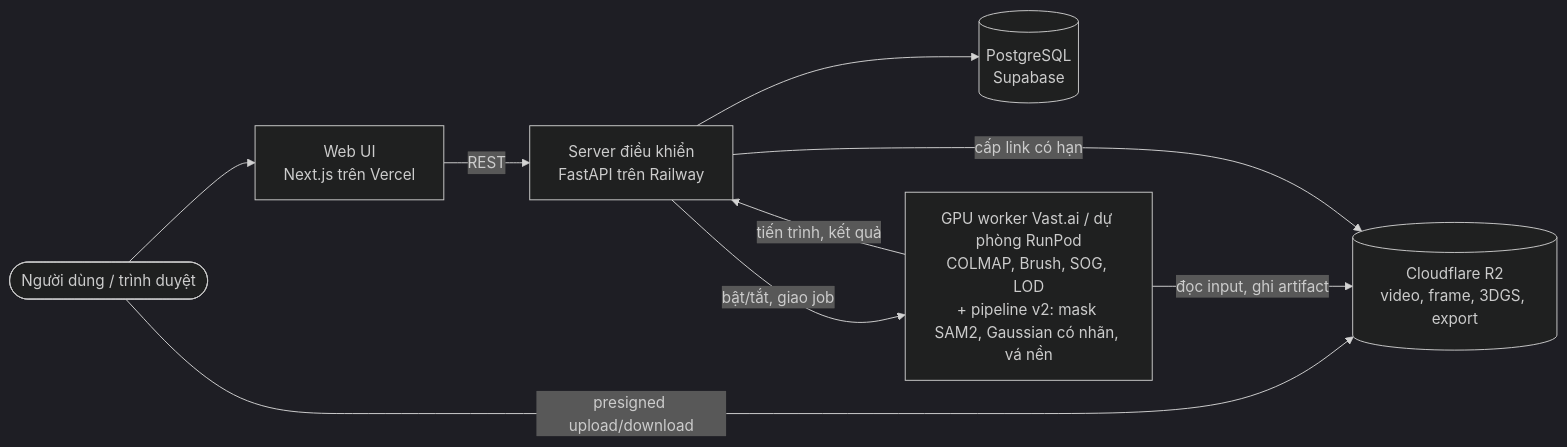
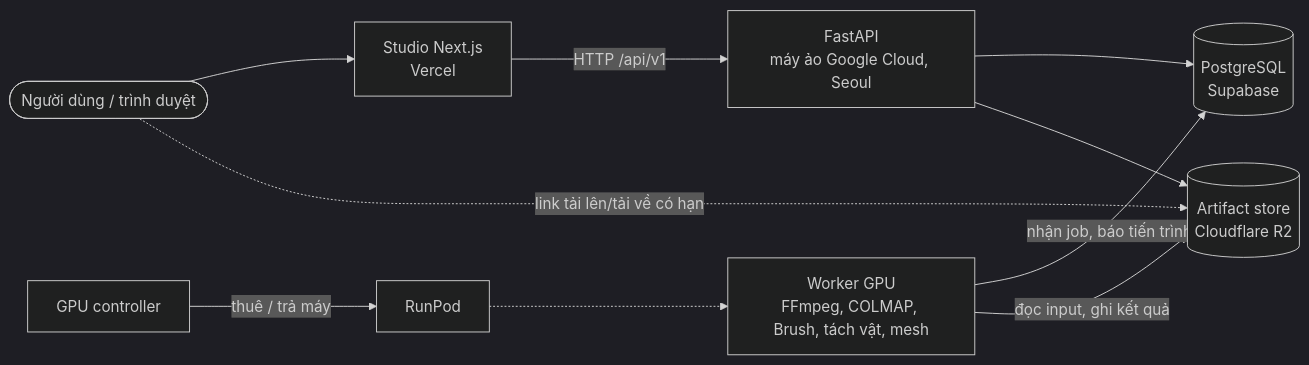
Before and after one commit to awun0105/P-087: the diagram in docs/architecture_diagram.md, drawn with Mermaid (dark theme). The commit also changed other lines of this file and 2 other files, not shown here.

Commit message:
docs: lean README, new documentation map, real deployment diagram

````diff
--- a/docs/architecture_diagram.md
+++ b/docs/architecture_diagram.md
@@ -47,11 +7,12 @@
 ```mermaid
-graph LR
-    U([Người dùng / trình duyệt]) --> UI[Web UI<br/>Next.js trên Vercel]
-    UI -->|REST| API[Server điều khiển<br/>FastAPI trên Railway]
-    API --> DB[(PostgreSQL<br/>Supabase)]
-    U -->|presigned upload/download| R2[(Cloudflare R2<br/>video, frame, 3DGS, export)]
-    API -->|bật/tắt, giao job| GPU[GPU worker Vast.ai / dự phòng RunPod<br/>COLMAP, Brush, SOG, LOD<br/>+ pipeline v2: mask SAM2, Gaussian có nhãn, vá nền]
-    GPU -->|đọc input, ghi artifact| R2
-    GPU -->|tiến trình, kết quả| API
-    API -->|cấp link có hạn| R2
+flowchart LR
+    USER(["Người dùng / trình duyệt"]) --> WEB["Studio Next.js<br/>Vercel"]
+    WEB -->|"HTTP /api/v1"| API["FastAPI<br/>máy ảo Google Cloud, Seoul"]
+    API --> DB[("PostgreSQL<br/>Supabase")]
+    API --> R2[("Artifact store<br/>Cloudflare R2")]
+    USER -.->|"link tải lên/tải về có hạn"| R2
+    CONTROL["GPU controller"] -->|"thuê / trả máy"| RUNPOD["RunPod"]
+    RUNPOD -.-> GPU["Worker GPU<br/>FFmpeg, COLMAP, Brush, tách vật, mesh"]
+    GPU -->|"nhận job, báo tiến trình"| DB
+    GPU -->|"đọc input, ghi kết quả"| R2
 ```
````
